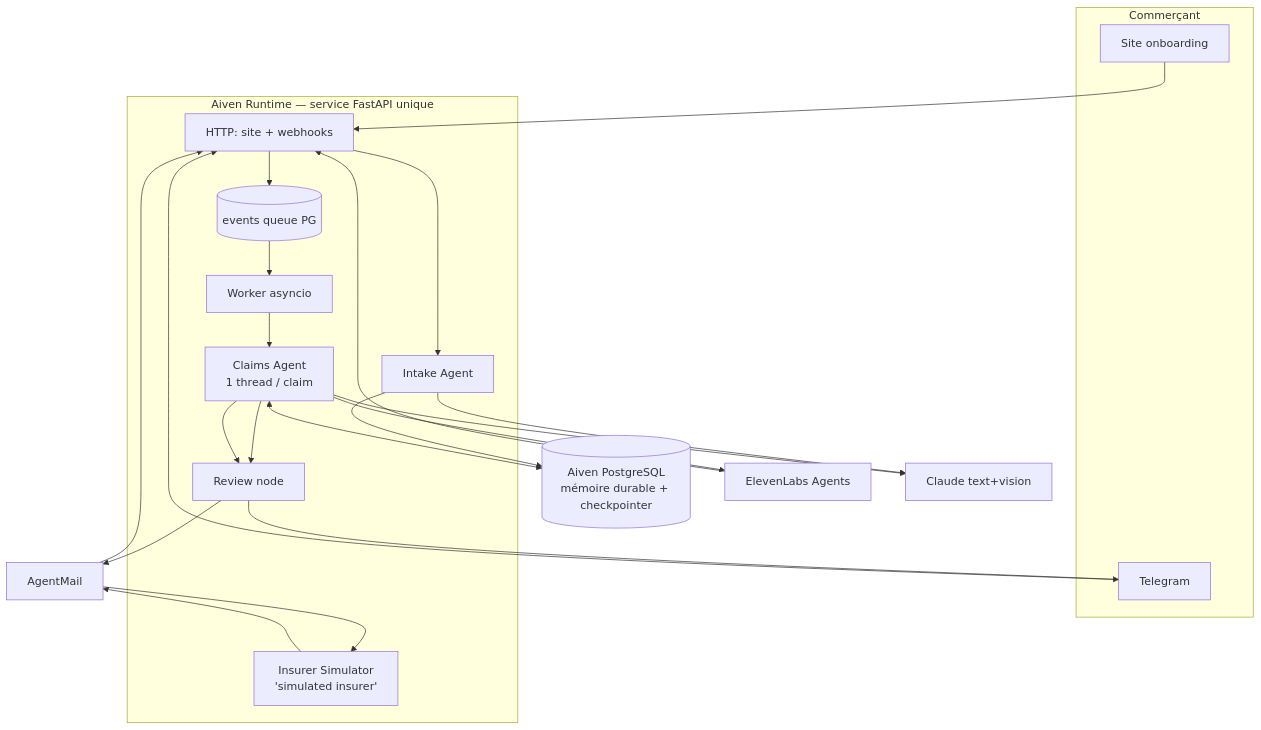
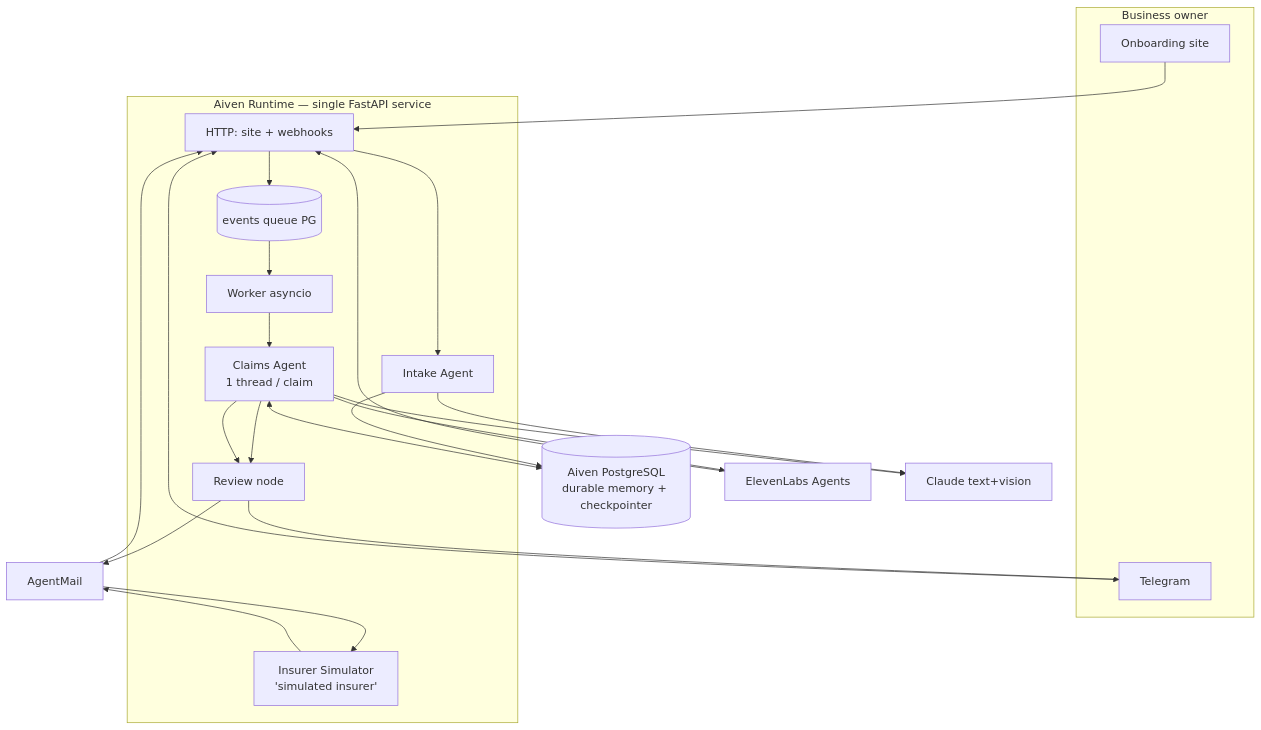
The diagram in docs/prd/2026-10-22-robin-claims-agent/PRD.md (AccelHackathon/Robin), drawn with Mermaid before and after one commit. The commit also changed other lines of this file and 17 other files, not shown here.

````diff
--- a/docs/prd/2026-10-22-robin-claims-agent/PRD.md
+++ b/docs/prd/2026-10-22-robin-claims-agent/PRD.md
@@ -322,31 +322,31 @@
 ```mermaid
 graph TD
-  subgraph Commerçant
-    W[Site onboarding] 
+  subgraph Client["Business owner"]
+    W[Onboarding site] 
     T[Telegram]
   end
-  subgraph Runtime["Aiven Runtime — service FastAPI unique"]
+  subgraph Runtime["Aiven Runtime — single FastAPI service"]
     API[HTTP: site + webhooks]
     EV[(events queue PG)]
     WK[Worker asyncio]
     IA[Intake Agent]
     CA[Claims Agent<br/>1 thread / claim]
     RV[Review node]
     SIM[Insurer Simulator<br/>'simulated insurer']
   end
-  PG[(Aiven PostgreSQL<br/>mémoire durable + checkpointer)]
+  PG[(Aiven PostgreSQL<br/>durable memory + checkpointer)]
   AM[AgentMail]
   EL[ElevenLabs Agents]
   CL[Claude text+vision]
   W --> API --> IA --> PG
   T --> API --> EV --> WK --> CA
   AM --> API
   EL --> API
   CA <--> PG
   CA --> RV --> AM
   CA --> RV --> T
   CA --> EL
   IA --> CL
   CA --> CL
   AM --> SIM --> AM
 ```
````
